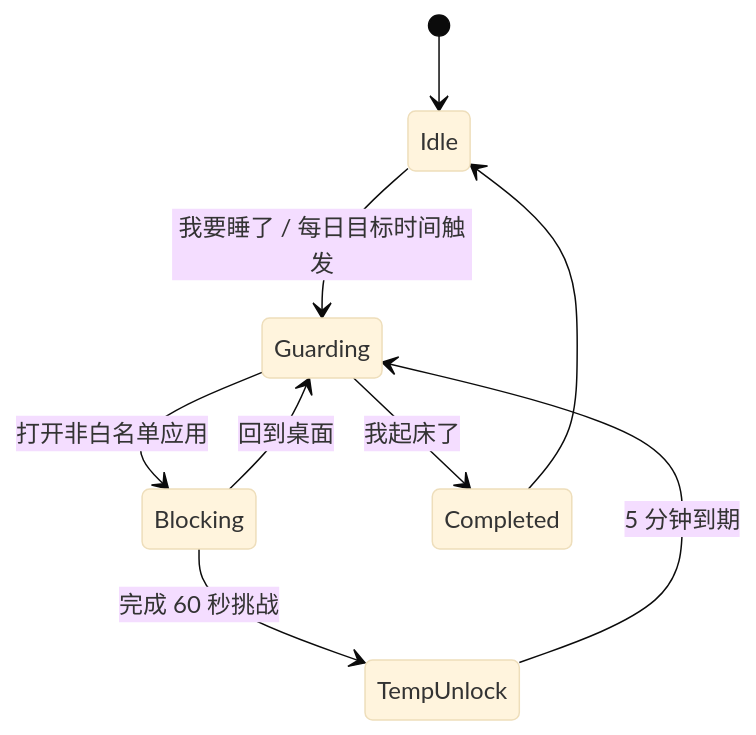
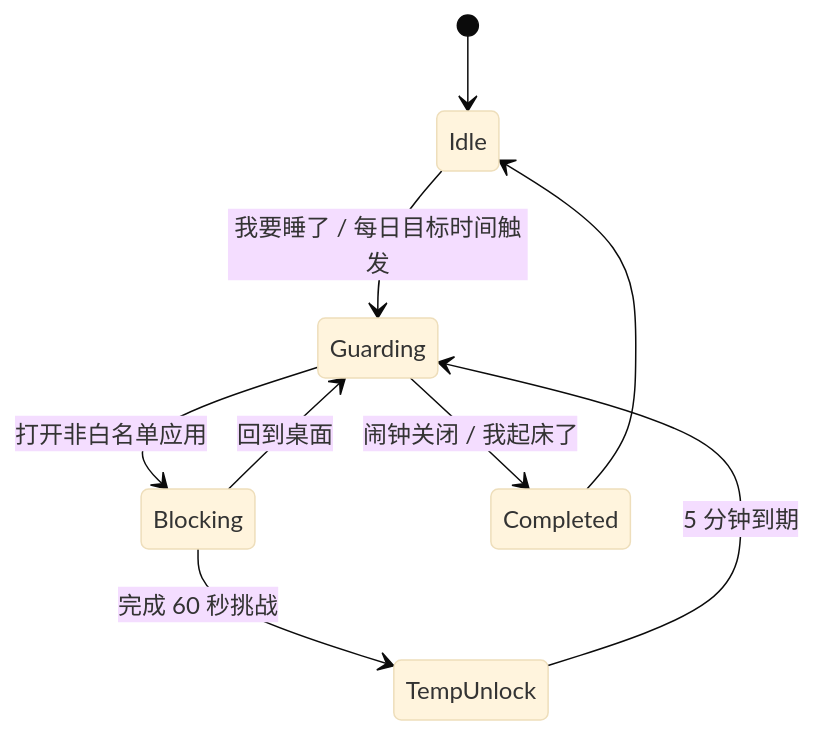
One commit to XuYui/Bedtime_Saver changed the diagram in DEVELOP.md. Above: the diagram before and after it, drawn with Mermaid (base theme). The commit also changed other lines of this file and 15 other files, not shown here.

Commit message:
Add wake alarm ringing flow

````diff
--- a/DEVELOP.md
+++ b/DEVELOP.md
@@ -162,11 +166,11 @@
 ```mermaid
 stateDiagram-v2
     [*] --> Idle
     Idle --> Guarding: 我要睡了 / 每日目标时间触发
     Guarding --> Blocking: 打开非白名单应用
     Blocking --> Guarding: 回到桌面
     Blocking --> TempUnlock: 完成 60 秒挑战
     TempUnlock --> Guarding: 5 分钟到期
-    Guarding --> Completed: 我起床了
+    Guarding --> Completed: 闹钟关闭 / 我起床了
     Completed --> Idle
 ```
````
